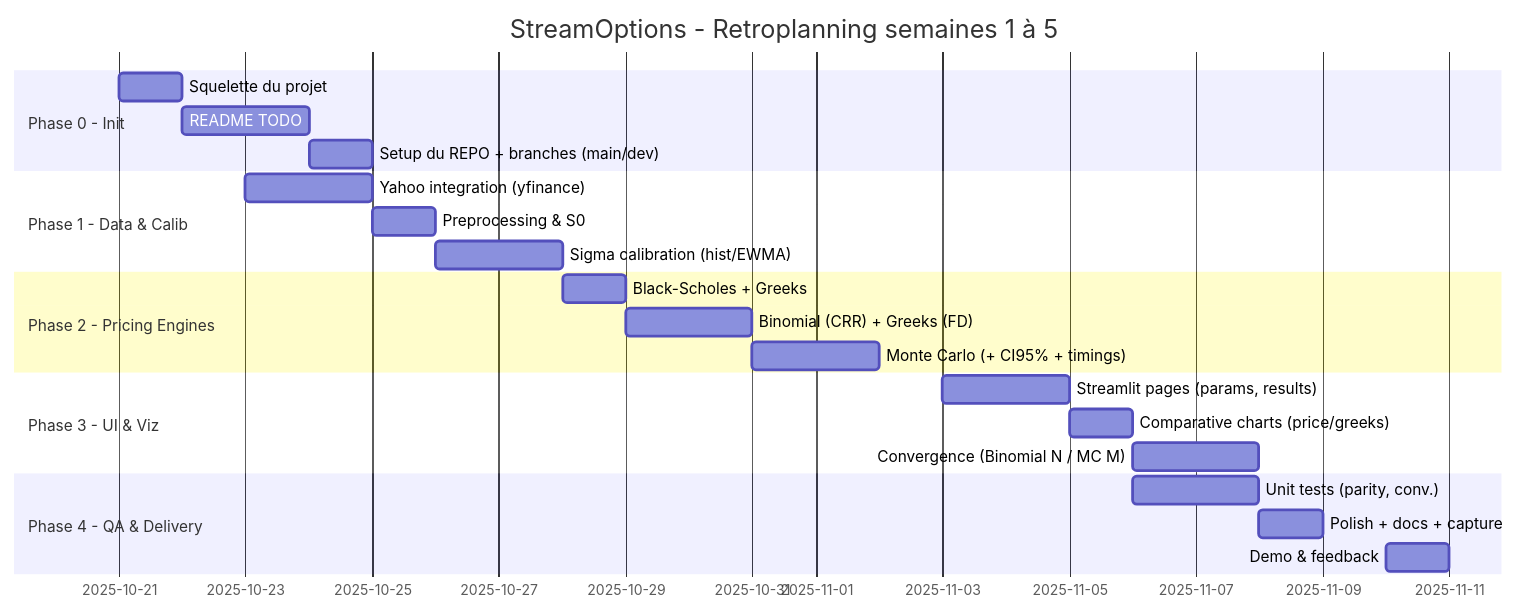
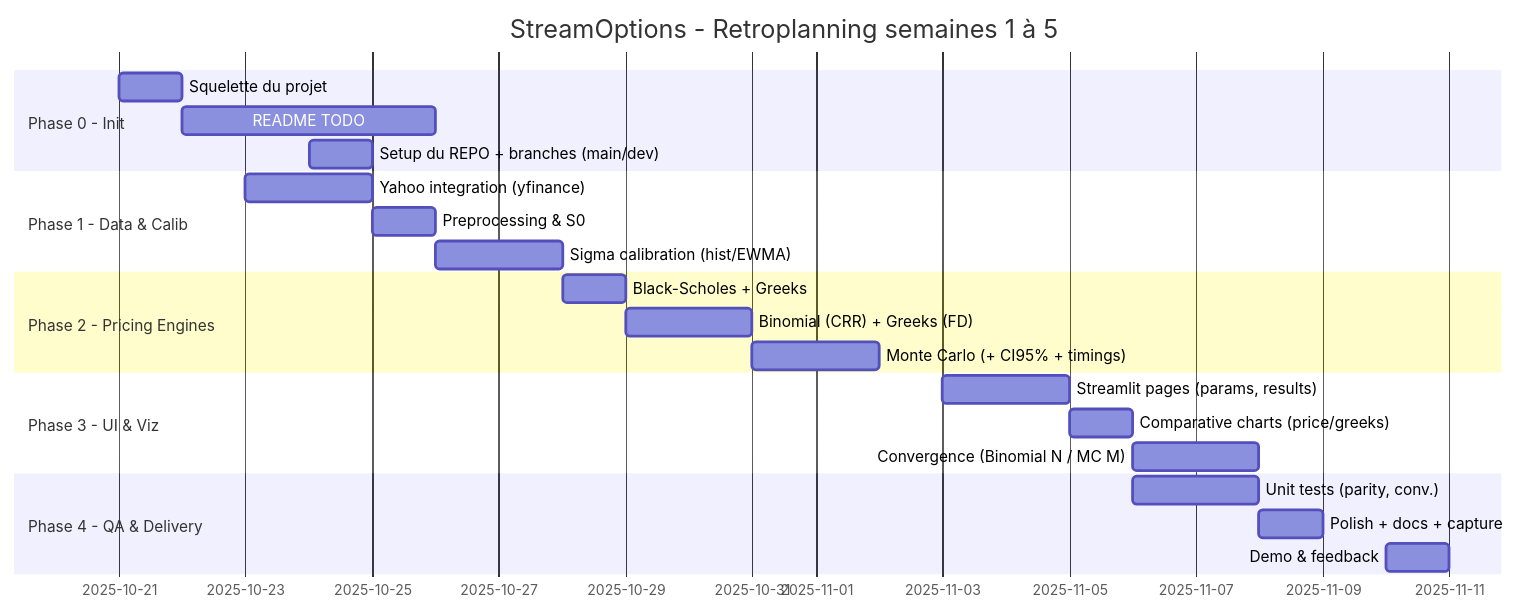
Before and after one commit to Karam-Benameur/stream_options: the diagram in roadmap/Gantt_Diagram.md, drawn with Mermaid.

````diff
--- a/roadmap/Gantt_Diagram.md
+++ b/roadmap/Gantt_Diagram.md
@@ -1,31 +1,31 @@
 ```mermaid
 gantt
     title StreamOptions - Retroplanning semaines 1 à 5
     dateFormat  DD-MM-YYYY
     includes    weekends
 
     section Phase 0 - Init
     Squelette du projet                 :s1, 21-10-2025, 1d
-    README TODO                         :s2, 22-10-2025, 2d
+    README TODO                         :s2, 22-10-2025, 4d
     Setup du REPO + branches (main/dev) :s3, 24-10-2025, 1d
 
     section Phase 1 - Data & Calib
     Yahoo integration (yfinance)        :d1, 23-10-2025, 2d
     Preprocessing & S0                  :d2, after d1, 1d
     Sigma calibration (hist/EWMA)       :d3, after d2, 2d
 
     section Phase 2 - Pricing Engines
     Black-Scholes + Greeks              :p1, 2025-10-28, 1d
     Binomial (CRR) + Greeks (FD)        :p2, after p1, 2d
     Monte Carlo (+ CI95% + timings)     :p3, after p2, 2d
 
     section Phase 3 - UI & Viz
     Streamlit pages (params, results)   :u1, 2025-11-03, 2d
     Comparative charts (price/greeks)   :u2, after u1, 1d
     Convergence (Binomial N / MC M)     :u3, after u2, 2d
 
     section Phase 4 - QA & Delivery
     Unit tests (parity, conv.)          :q1, 2025-11-06, 2d
     Polish + docs + capture             :q2, after q1, 1d
     Demo & feedback                     :dl, 2025-11-10, 1d
 ```
````
